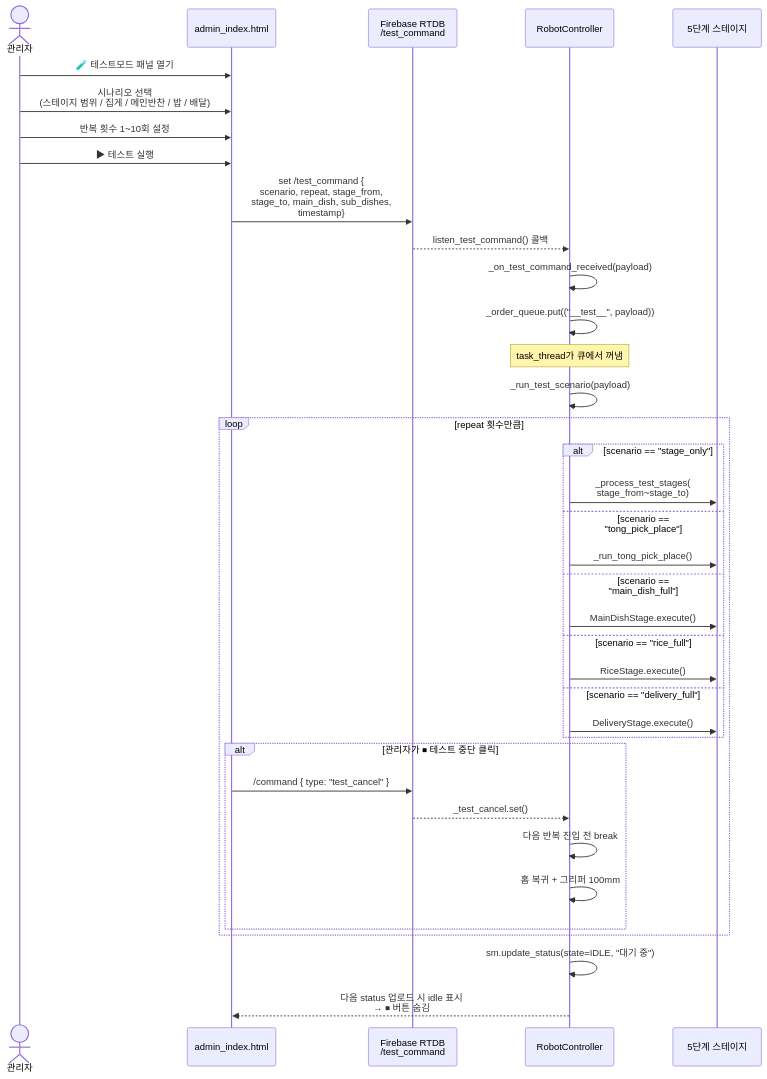
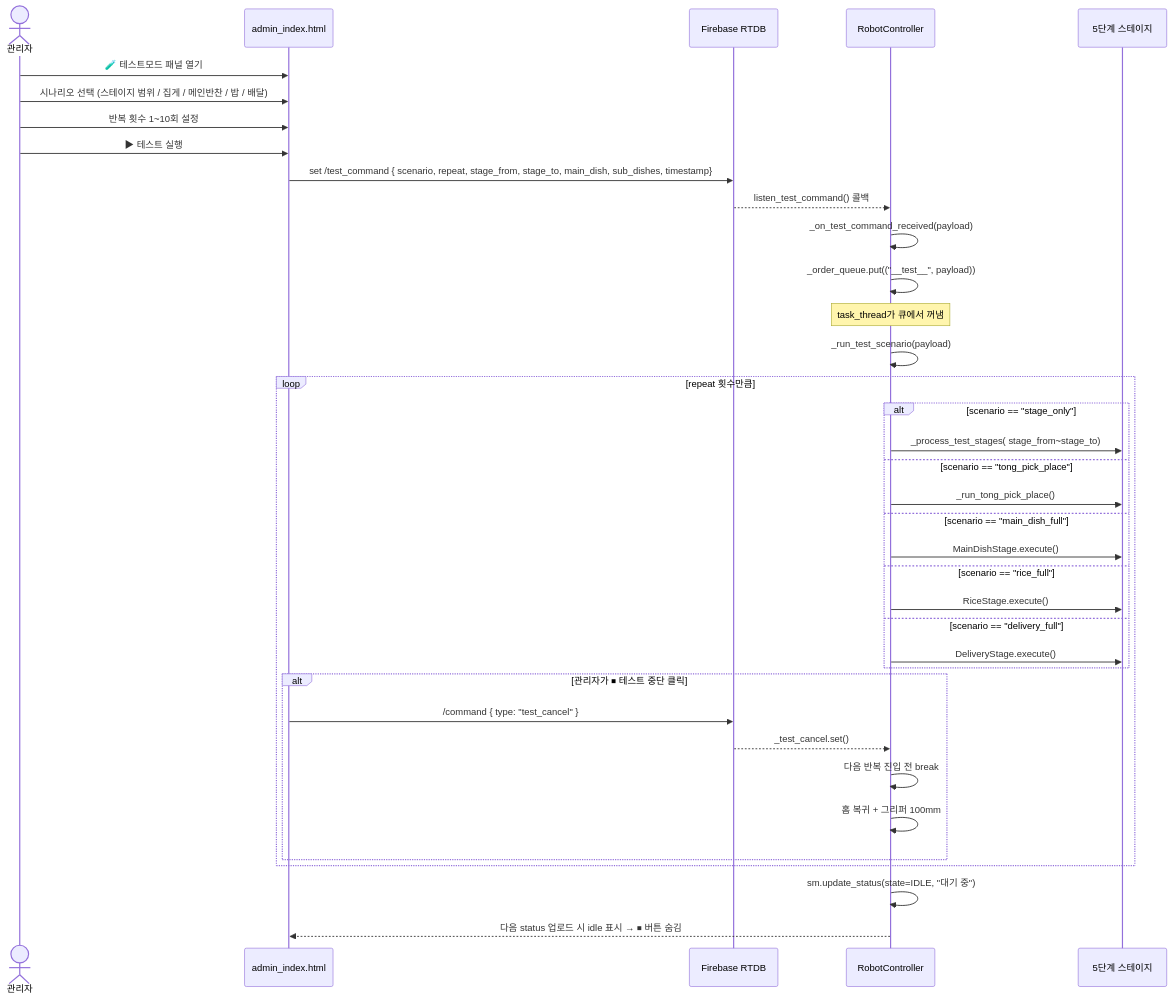
Before and after one commit to yoonseonjae/lunchbox-cobot: the fourth of 5 diagrams in docs/SEQUENCE_DIAGRAM.md, drawn with Mermaid. The commit also changed other lines of this file, not shown here.

````diff
--- a/docs/SEQUENCE_DIAGRAM.md
+++ b/docs/SEQUENCE_DIAGRAM.md
@@ -195,46 +195,46 @@
 ```mermaid
 sequenceDiagram
     actor 관리자
     participant ADMIN as admin_index.html
-    participant FB as Firebase RTDB<br/>/test_command
+    participant FB as Firebase RTDB
     participant RC as RobotController
     participant STAGES as 5단계 스테이지
 
     관리자->>ADMIN: 🧪 테스트모드 패널 열기
-    관리자->>ADMIN: 시나리오 선택<br/>(스테이지 범위 / 집게 / 메인반찬 / 밥 / 배달)
+    관리자->>ADMIN: 시나리오 선택 (스테이지 범위 / 집게 / 메인반찬 / 밥 / 배달)
     관리자->>ADMIN: 반복 횟수 1~10회 설정
     관리자->>ADMIN: ▶ 테스트 실행
 
-    ADMIN->>FB: set /test_command {<br/>scenario, repeat, stage_from,<br/>stage_to, main_dish, sub_dishes,<br/>timestamp}
+    ADMIN->>FB: set /test_command { scenario, repeat, stage_from, stage_to, main_dish, sub_dishes, timestamp}
 
     FB-->>RC: listen_test_command() 콜백
     RC->>RC: _on_test_command_received(payload)
     RC->>RC: _order_queue.put(("__test__", payload))
 
     Note over RC: task_thread가 큐에서 꺼냄
 
     RC->>RC: _run_test_scenario(payload)
     loop repeat 횟수만큼
         alt scenario == "stage_only"
-            RC->>STAGES: _process_test_stages(<br/>stage_from~stage_to)
+            RC->>STAGES: _process_test_stages( stage_from~stage_to)
         else scenario == "tong_pick_place"
             RC->>STAGES: _run_tong_pick_place()
         else scenario == "main_dish_full"
             RC->>STAGES: MainDishStage.execute()
         else scenario == "rice_full"
             RC->>STAGES: RiceStage.execute()
         else scenario == "delivery_full"
             RC->>STAGES: DeliveryStage.execute()
         end
 
         alt 관리자가 ⏹ 테스트 중단 클릭
             ADMIN->>FB: /command { type: "test_cancel" }
             FB-->>RC: _test_cancel.set()
             RC->>RC: 다음 반복 진입 전 break
             RC->>RC: 홈 복귀 + 그리퍼 100mm
         end
     end
 
     RC->>RC: sm.update_status(state=IDLE, "대기 중")
-    RC-->>ADMIN: 다음 status 업로드 시 idle 표시<br/>→ ⏹ 버튼 숨김
+    RC-->>ADMIN: 다음 status 업로드 시 idle 표시 → ⏹ 버튼 숨김
 ```
````
